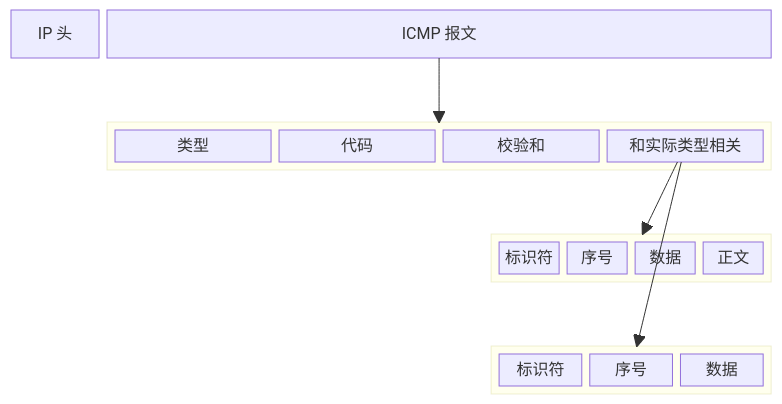
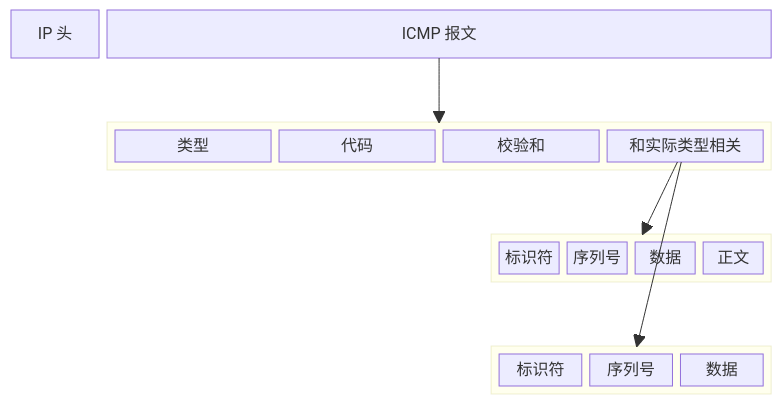
One commit to kyriejoshua/network-protocol-notes changed the first of 5 diagrams in lib/底层网络知识之从二层到三层/ICMP and Ping.md. Above: the diagram before and after it, drawn with Mermaid. The commit also changed other lines of this file and 1 other file, not shown here.

Commit message:
:page_facing_up: 更新数据包图

````diff
--- a/lib/底层网络知识之从二层到三层/ICMP and Ping.md
+++ b/lib/底层网络知识之从二层到三层/ICMP and Ping.md
@@ -15,29 +16,29 @@
 ```mermaid
 block-beta
   columns 8
   A["IP 头"]:1
   B["ICMP 报文"]:7
   space:8
   space:1
   block:group1:7
     columns 4
     h["类型"] i["代码"] j["校验和"] k["和实际类型相关"]
   end
   space:8
   space:5
   block:group2:3
     columns 4
-    l["标识符"] m["序号"] n["数据"] o["和实际类型相关"]
+    l["标识符"] m["序列号"] n["数据"] o["和实际类型相关"]
   end
   space:8
   space:5
   block:group3:3
     columns 4
-    p["标识符"] q["序号"] r["数据"] o["正文"]
+    p["标识符"] q["序列号"] r["数据"] o["正文"]
   end
   B --> group1
   k --> group2
   k --> group3
   
 
 ```
````
